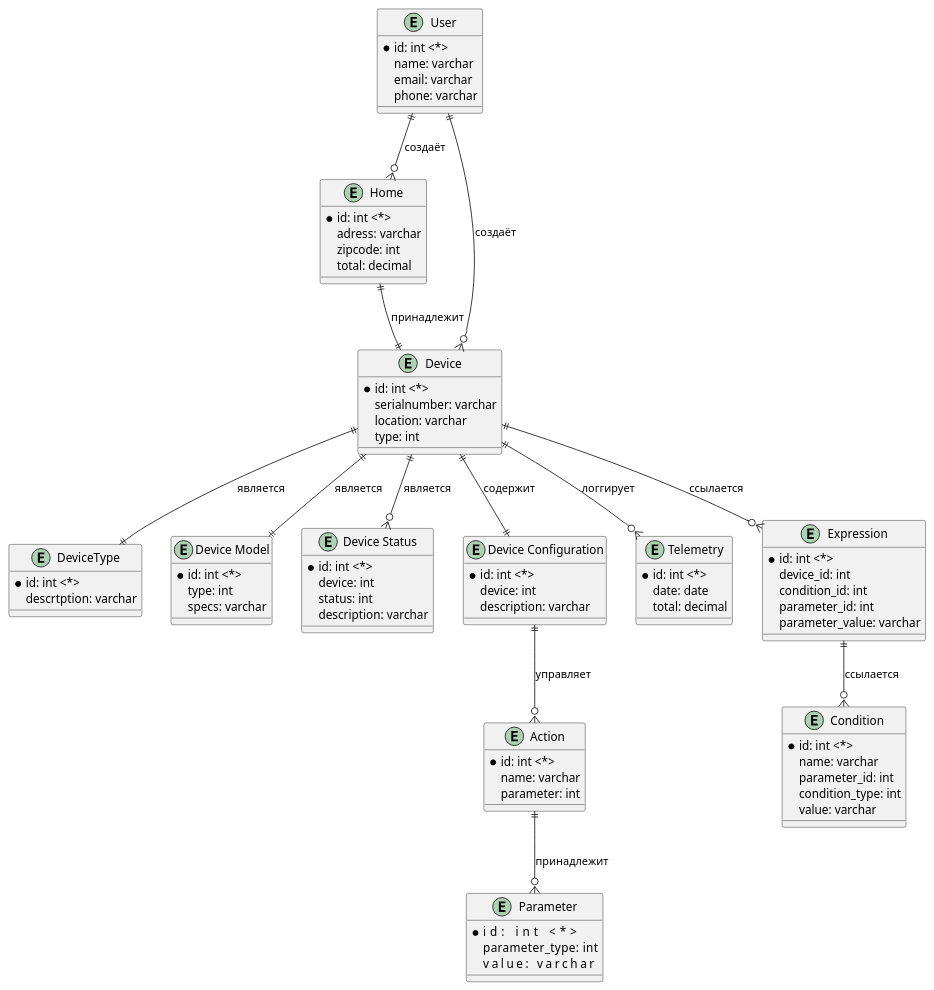
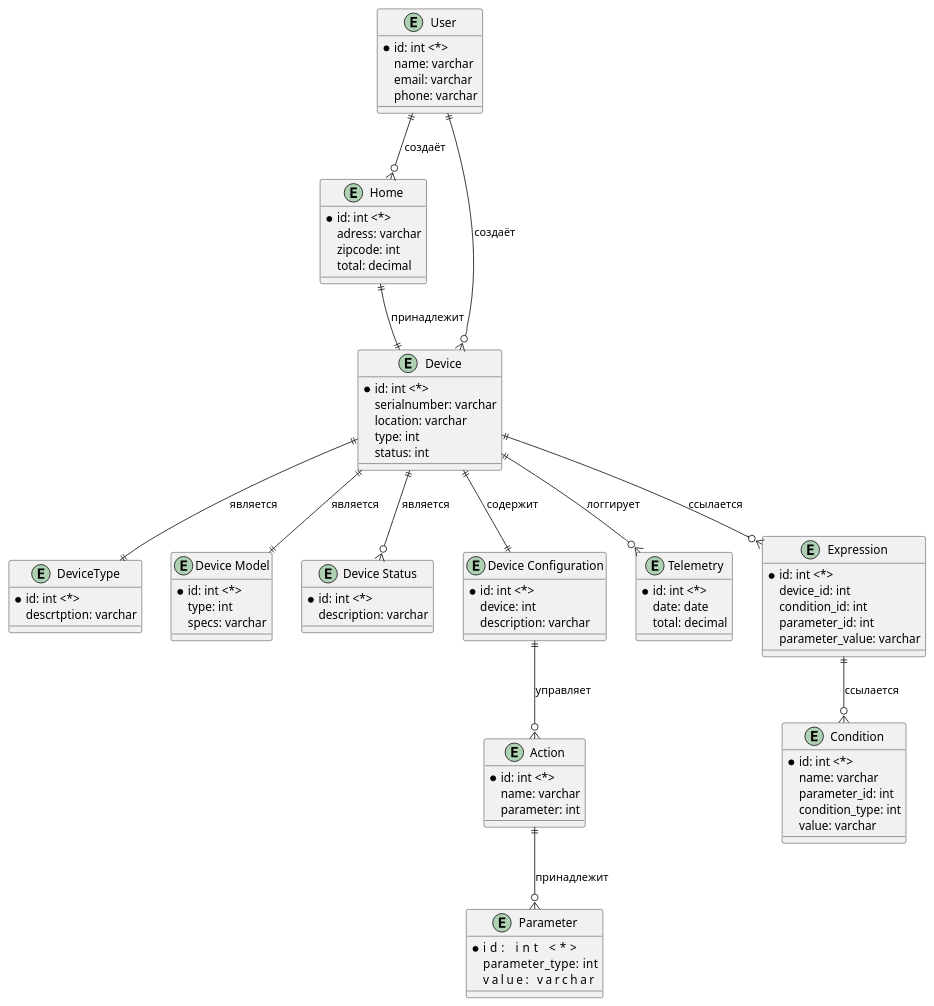
Before and after one commit to yailiaya/yp-architecture-warmhouse: the diagram in apps/diagrams/_ToBe_Warmhouse_ER.puml, drawn with PlantUML.

Commit message:
Add ER diagram

```diff
--- a/apps/diagrams/_ToBe_Warmhouse_ER.puml
+++ b/apps/diagrams/_ToBe_Warmhouse_ER.puml
@@ -1,97 +1,96 @@
 @startuml
 
 ' Entities
 entity "User" as user {
   *id: int <*>
   name: varchar
   email: varchar
   phone: varchar
 }
 
 entity "Home" as home {
   *id: int <*>
   adress: varchar
   zipcode: int
   total: decimal
 }
 
 entity "Device" as device {
   *id: int <*>
   serialnumber: varchar
   location: varchar
   type: int
+  status: int
 }
 
 entity "DeviceType" as device_type {
   *id: int <*>
   descrtption: varchar
 }
 
 entity "Device Model" as device_model {
   *id: int <*>
   type: int
   specs: varchar
 }
 
 entity "Device Status" as device_status {
   *id: int <*>
-  device: int
-  status: int
   description: varchar
 }
 
 entity "Device Configuration" as device_configuration {
   *id: int <*>
   device: int
   description: varchar
 }
 
 entity "Telemetry" as telemetry_record {
   *id: int <*>
   date: date
   total: decimal
 }
 
 entity "Parameter" as parameter {
   *id:              int <*>
   parameter_type:   int
   value:            varchar
 }
 
 entity "Action" as action {
   *id: int <*>
   name: varchar
   parameter: int
 }
 
 entity "Expression" as expression {
   *id: int <*>
   device_id: int
   condition_id: int
   parameter_id: int
   parameter_value: varchar
 }
 
 entity "Condition" as condition {
   *id: int <*>
   name: varchar
   parameter_id: int
   condition_type: int
   value: varchar
 }
 
 ' Relations
 user ||--o{ home : "создаёт"
 user ||--o{ device : "создаёт"
 home ||--|| device : "принадлежит"
 device ||--|| device_type : "является"
 device ||--|| device_model : "является"
 device ||--o{ device_status : "является"
 device ||--o{ telemetry_record : "логгирует"
 device ||--|| device_configuration : "содержит"
 device_configuration ||--o{ action : "управляет"
 action ||--o{ parameter : "принадлежит"
 device ||--o{ expression : "ссылается"
 expression ||--o{ condition : "ссылается"
 
 @enduml
```
